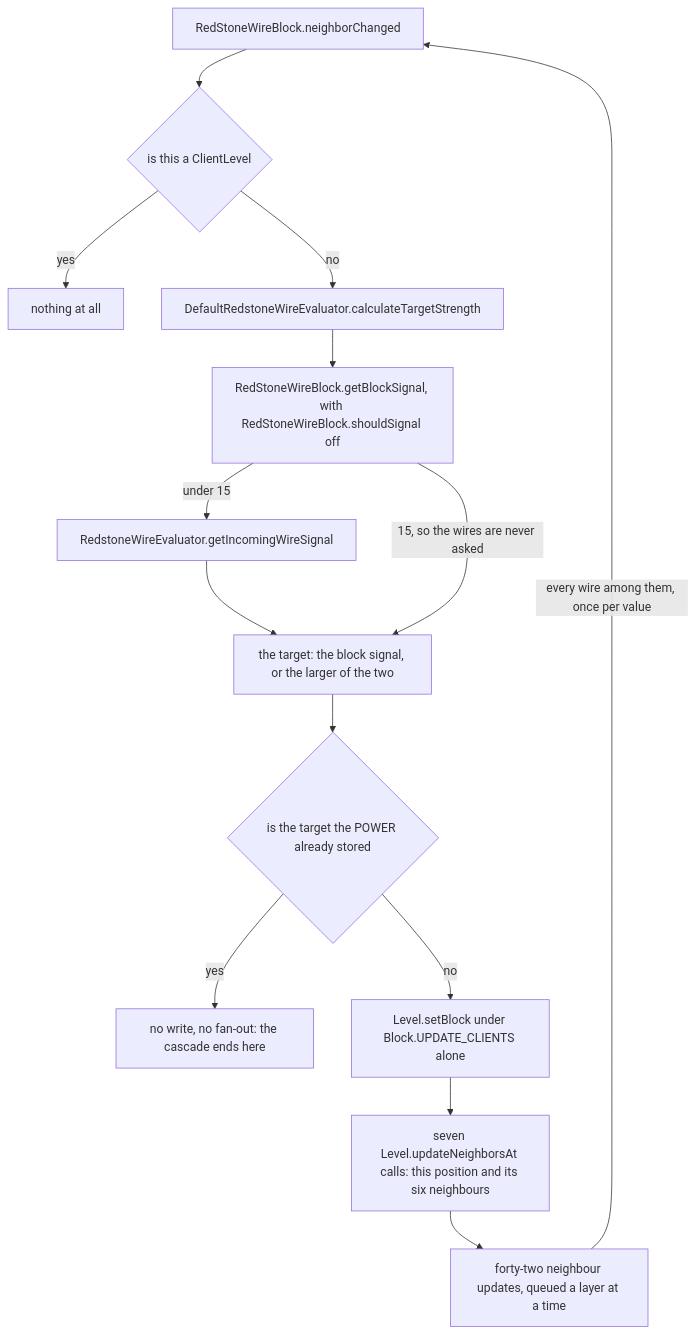
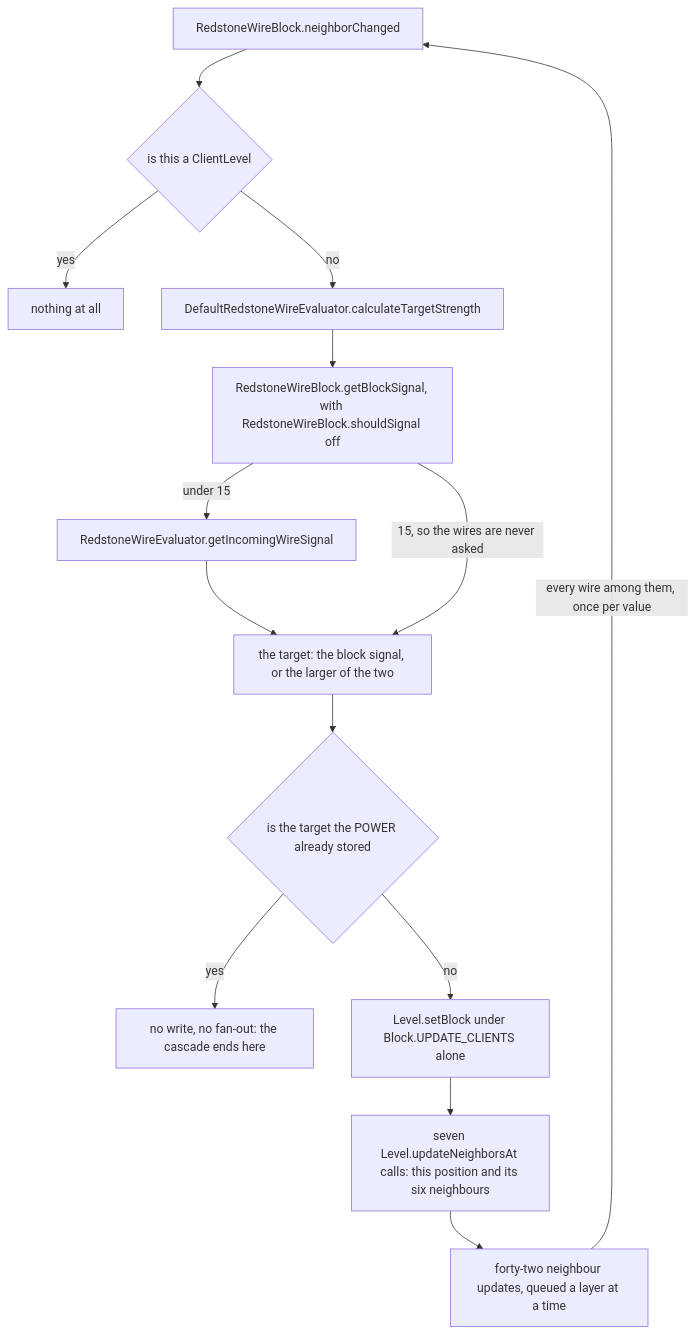
The first of 2 diagrams in src/systems/blocks/signal-and-dust.md (AlexanderjFraser/MinecraftDocs), drawn with Mermaid before and after one commit. The commit also changed other lines of this file and 68 other files, not shown here.

````diff
--- a/src/systems/blocks/signal-and-dust.md
+++ b/src/systems/blocks/signal-and-dust.md
@@ -42,25 +42,25 @@
 ```mermaid
 flowchart TD
-    IN["RedStoneWireBlock.neighborChanged"]
+    IN["RedstoneWireBlock.neighborChanged"]
     CLIENT{"is this a ClientLevel"}
     NOTHING["nothing at all"]
     CALC["DefaultRedstoneWireEvaluator.calculateTargetStrength"]
-    BLK["RedStoneWireBlock.getBlockSignal, with RedStoneWireBlock.shouldSignal off"]
+    BLK["RedstoneWireBlock.getBlockSignal, with RedstoneWireBlock.shouldSignal off"]
     WIRE["RedstoneWireEvaluator.getIncomingWireSignal"]
     TARGET["the target: the block signal, or the larger of the two"]
     SAME{"is the target the POWER already stored"}
     STOP["no write, no fan-out: the cascade ends here"]
     WRITE["Level.setBlock under Block.UPDATE_CLIENTS alone"]
     FAN["seven Level.updateNeighborsAt calls: this position and its six neighbours"]
     OUT["forty-two neighbour updates, queued a layer at a time"]
     IN --> CLIENT
     CLIENT -- "yes" --> NOTHING
     CLIENT -- "no" --> CALC
     CALC --> BLK
     BLK -- "under 15" --> WIRE --> TARGET
     BLK -- "15, so the wires are never asked" --> TARGET
     TARGET --> SAME
     SAME -- "yes" --> STOP
     SAME -- "no" --> WRITE --> FAN --> OUT
     OUT -- "every wire among them, once per value" --> IN
 ```
````
